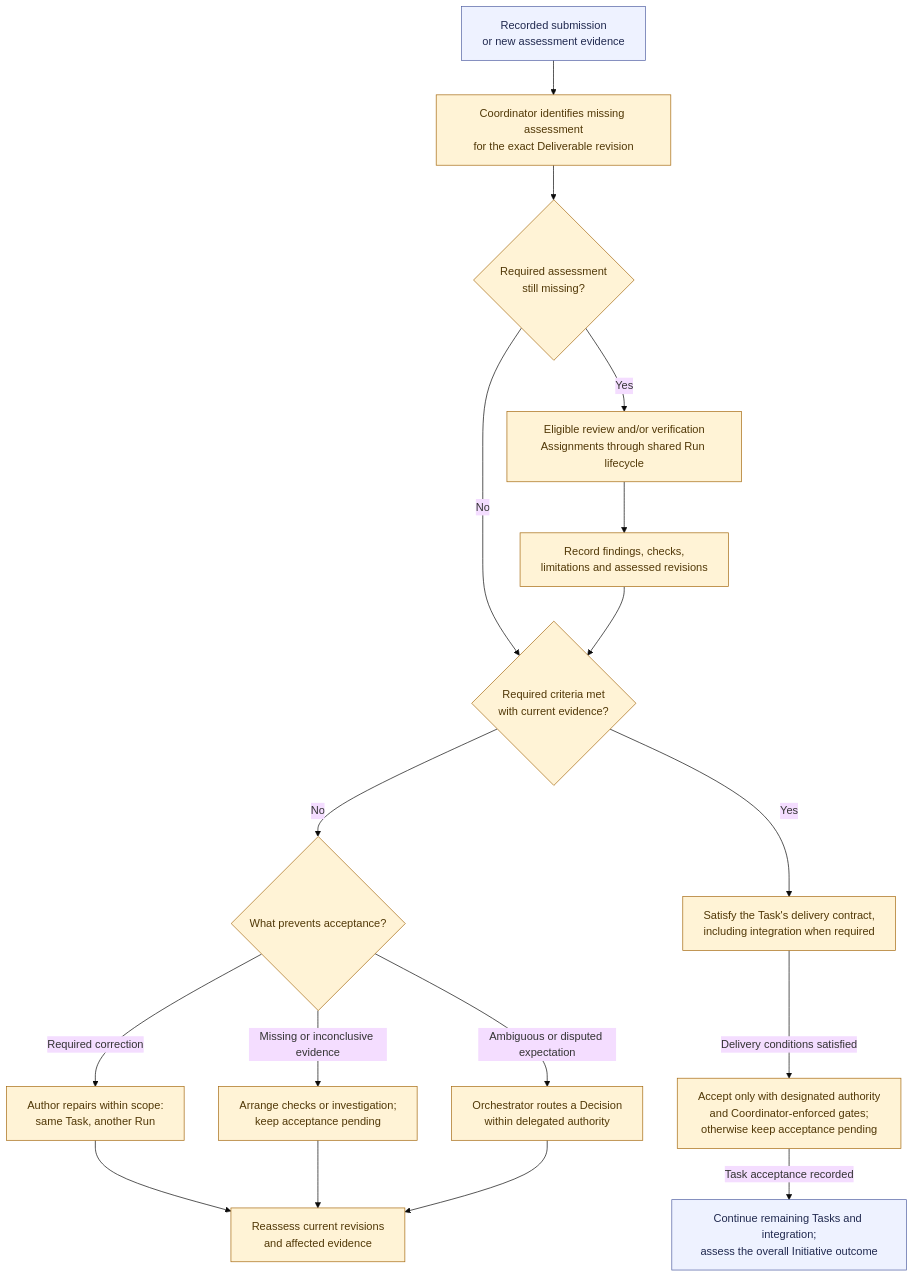
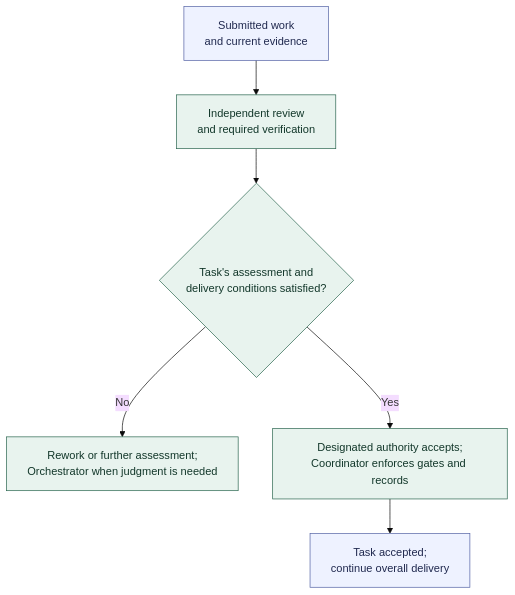
The diagram in docs/diagrams/assessment-and-rework.md (andrii2g/mobiraeon), drawn with Mermaid (base theme) before and after one commit. The commit also changed other lines of this file and 12 other files, not shown here.

Commit message:
added  integration and combined-result validation updated diagrams

````diff
--- a/docs/diagrams/assessment-and-rework.md
+++ b/docs/diagrams/assessment-and-rework.md
@@ -5,29 +5,18 @@
 ```mermaid
 ---
 config:
   flowchart:
     wrappingWidth: 280
 ---
 flowchart TB
-    RESULT["Recorded submission<br/>or new assessment evidence"] --> PLAN["Coordinator identifies missing assessment<br/>for the exact Deliverable revision"]
-    PLAN --> MISSING{"Required assessment<br/>still missing?"}
-    MISSING -->|Yes| ASSESS["Eligible review and/or verification<br/>Assignments through shared Run lifecycle"]
-    ASSESS --> EVIDENCE["Record findings, checks,<br/>limitations and assessed revisions"]
-    MISSING -->|No| GATE{"Required criteria met<br/>with current evidence?"}
-    EVIDENCE --> GATE
-    GATE -->|No| REASON{"What prevents acceptance?"}
-    REASON -->|Required correction| REWORK["Author repairs within scope:<br/>same Task, another Run"]
-    REASON -->|Missing or inconclusive evidence| CHECK["Arrange checks or investigation;<br/>keep acceptance pending"]
-    REASON -->|Ambiguous or disputed expectation| DECISION["Orchestrator routes a Decision<br/>within delegated authority"]
-    REWORK --> REASSESS["Reassess current revisions<br/>and affected evidence"]
-    CHECK --> REASSESS
-    DECISION --> REASSESS
-    GATE -->|Yes| CONTRACT["Satisfy the Task's delivery contract,<br/>including integration when required"]
-    CONTRACT -->|Delivery conditions satisfied| AUTHORITY["Accept only with designated authority<br/>and Coordinator-enforced gates;<br/>otherwise keep acceptance pending"]
-    AUTHORITY -->|Task acceptance recorded| CONTINUE["Continue remaining Tasks and integration;<br/>assess the overall Initiative outcome"]
+    RESULT["Submitted work<br/>and current evidence"] --> ASSESS["Independent review<br/>and required verification"]
+    ASSESS --> GATE{"Task's assessment and<br/>delivery conditions satisfied?"}
+    GATE -->|No| REWORK["Rework or further assessment;<br/>Orchestrator when judgment is needed"]
+    GATE -->|Yes| AUTHORITY["Designated authority accepts;<br/>Coordinator enforces gates and records"]
+    AUTHORITY --> CONTINUE["Task accepted;<br/>continue overall delivery"]
 
-    classDef proposed fill:#fff3d6,stroke:#a66b12,color:#513807;
+    classDef agreed fill:#e8f3ee,stroke:#28644d,color:#12372a;
     classDef boundary fill:#eef2ff,stroke:#5261a3,color:#20294f;
-    class PLAN,MISSING,ASSESS,EVIDENCE,GATE,REASON,REWORK,CHECK,DECISION,REASSESS,CONTRACT,AUTHORITY proposed;
+    class ASSESS,GATE,REWORK,AUTHORITY agreed;
     class RESULT,CONTINUE boundary;
 ```
````
